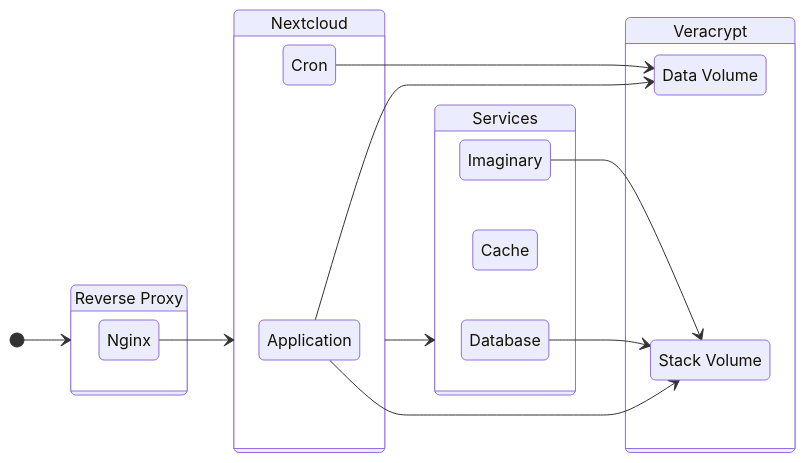
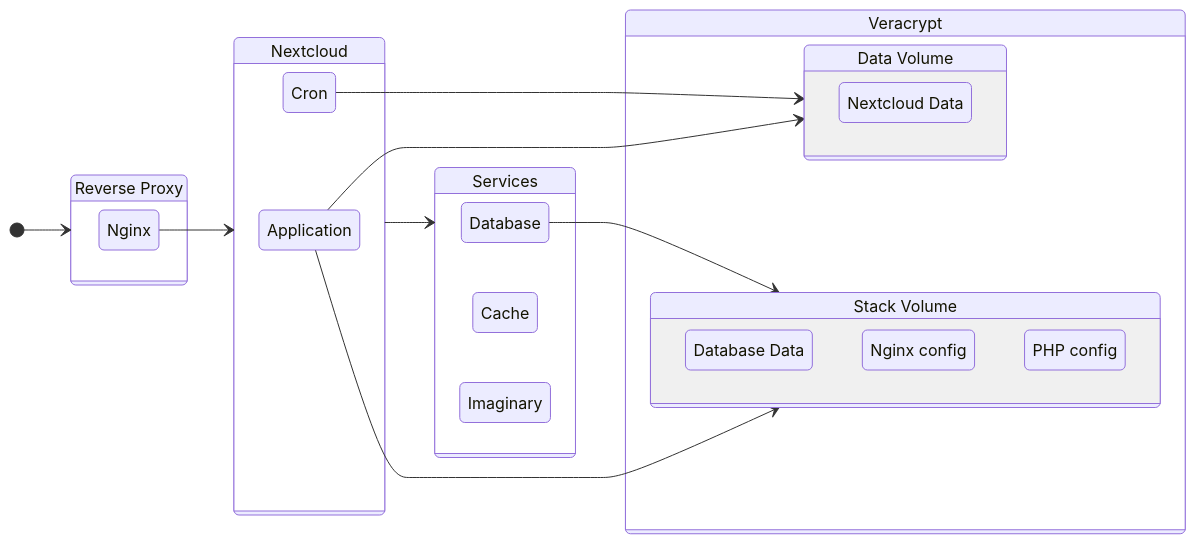
One commit to shimisnow/nextcloud-veracrypt changed the diagram in README.md. Above: the diagram before and after it, drawn with Mermaid. The commit also changed other lines of this file, not shown here.

````diff
--- a/README.md
+++ b/README.md
@@ -9,36 +21,41 @@
 ```mermaid
 stateDiagram-v2
 direction LR
 
 state "Reverse Proxy" as reverse_proxy {
     state "Nginx" as nginx
 }
 
 [*] --> reverse_proxy
 
 state "Nextcloud" as nextcloud {
     state "Application" as nextcloud_app
     state "Cron" as nextcloud_cron
 }
 
 nginx --> nextcloud
 
 state "Services" as services {
     state "Database" as database
     state "Cache" as cache
     state "Imaginary" as imaginary
 }
 
 nextcloud --> services
 
 state "Veracrypt" as veracrypt {
-    state "Data Volume" as veracrypt_data
-    state "Stack Volume" as veracrypt_stack
+    state "Data Volume" as veracrypt_data {
+        state "Nextcloud Data" as veracrypt_nextcloud
+    }
+    state "Stack Volume" as veracrypt_stack {
+        state "Database Data" as veracrypt_database
+        state "Nginx config" as veracrypt_nginx
+        state "PHP config" as veracrypt_php
+    }
 }
 
 nextcloud_app --> veracrypt_data
 nextcloud_app --> veracrypt_stack
 nextcloud_cron --> veracrypt_data
 database --> veracrypt_stack
-imaginary --> veracrypt_stack
 ```
````
